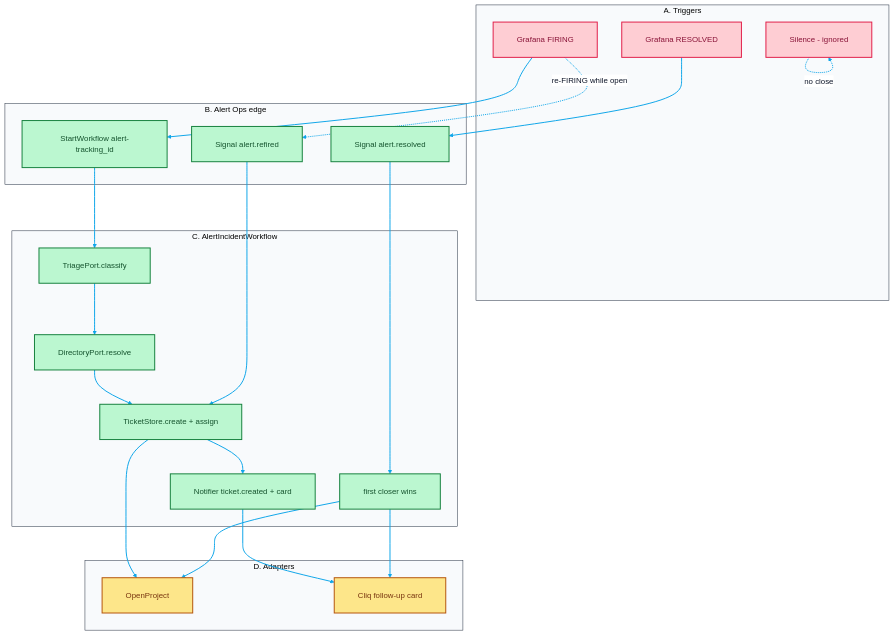
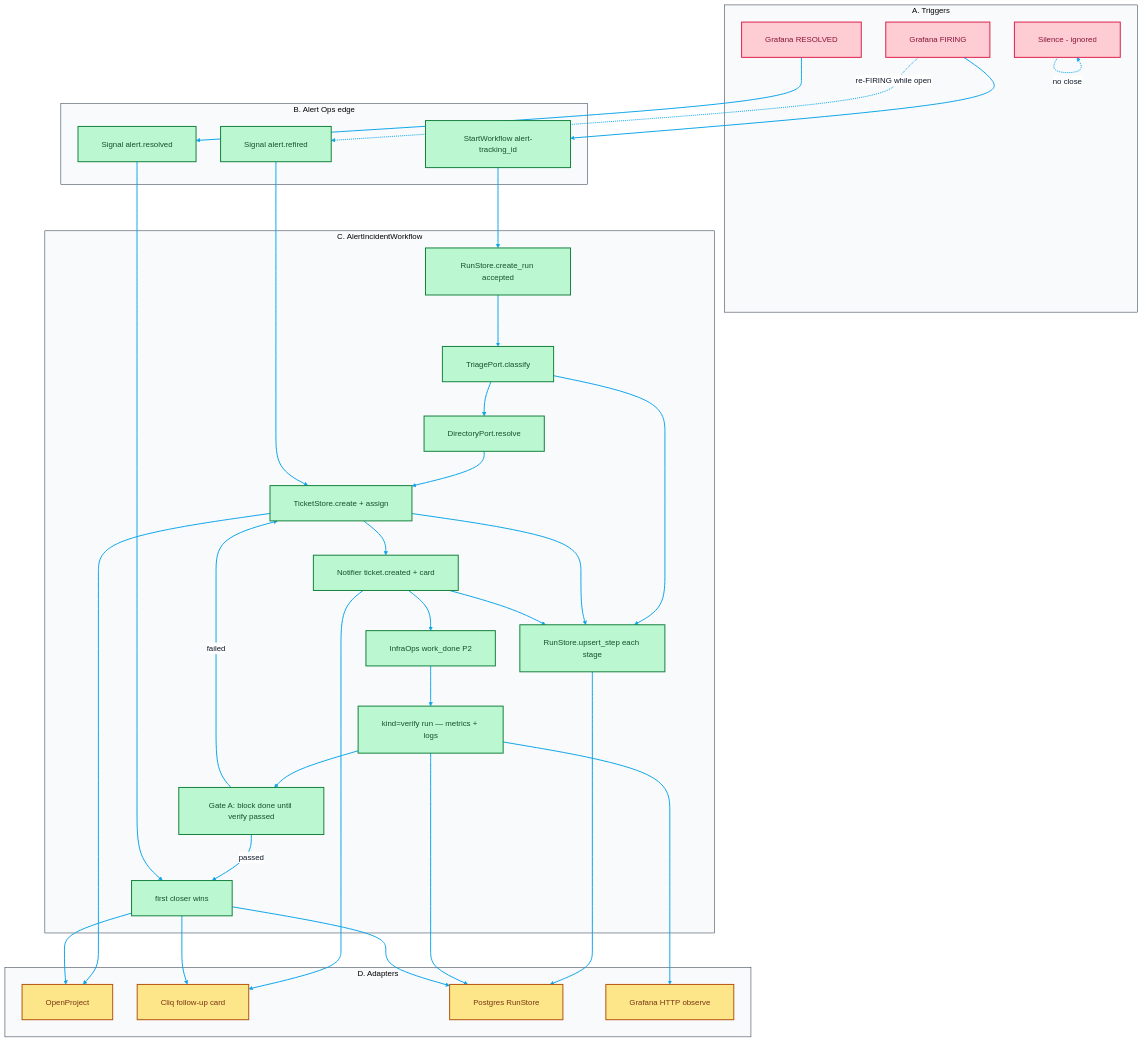
The diagram in docs/agent-platform/sheets/e2e.mmd (AM-Portfolio/am-agents), drawn with Mermaid before and after one commit. The commit also changed 9 other files, not shown here.

First line of the commit message:
docs: update agent platform design and documentation for RunStore integration

```diff
--- a/docs/agent-platform/sheets/e2e.mmd
+++ b/docs/agent-platform/sheets/e2e.mmd
@@ -1,47 +1,64 @@
 %%{init: {"theme":"base","themeVariables":{"darkMode":false,"background":"#FFFFFF","fontFamily":"Segoe UI, Inter, system-ui, sans-serif","fontSize":"16px","primaryColor":"#EFF6FF","primaryTextColor":"#0F172A","primaryBorderColor":"#2563EB","secondaryColor":"#F8FAFC","lineColor":"#0EA5E9","textColor":"#0F172A","mainBkg":"#EFF6FF","clusterBkg":"#F8FAFC","clusterBorder":"#1E293B","edgeLabelBackground":"#FFFFFF"},"themeCSS":"svg{background-color:#FFFFFF!important}.edgePath .path,.flowchart-link,path.path{stroke:#0EA5E9!important;stroke-width:2px!important}.arrowheadPath,marker path{fill:#0EA5E9!important;stroke:#0EA5E9!important}.cluster rect{fill:#F8FAFC!important;stroke:#1E293B!important;stroke-width:2.5px!important}.cluster-label span,.cluster-label foreignObject div,.cluster-label foreignObject span{color:#020617!important;font-weight:700!important;font-size:15px!important;background-color:#E2E8F0!important;padding:2px 8px!important;border-radius:4px!important}.nodeLabel,.label,.edgeLabel{color:#0F172A!important;font-weight:600}","flowchart":{"curve":"basis","htmlLabels":true,"padding":24,"nodeSpacing":50,"rankSpacing":70}} }%%
 flowchart TB
   subgraph triggers ["A. Triggers"]
     Graf["Grafana FIRING"]
     Res["Grafana RESOLVED"]
     Silence["Silence - ignored"]
   end
 
   subgraph edge ["B. Alert Ops edge"]
     Hook["StartWorkflow alert-tracking_id"]
     SigR["Signal alert.resolved"]
     SigF["Signal alert.refired"]
   end
 
   subgraph wf ["C. AlertIncidentWorkflow"]
+    RunIns["RunStore.create_run accepted"]
     Triage["TriagePort.classify"]
     Dir["DirectoryPort.resolve"]
     Ticket["TicketStore.create + assign"]
     Notify["Notifier ticket.created + card"]
+    StepUp["RunStore.upsert_step each stage"]
+    Fix["InfraOps work_done P2"]
+    Verify["kind=verify run — metrics + logs"]
+    Gate["Gate A: block done until verify passed"]
     Close["first closer wins"]
   end
 
   subgraph adapters ["D. Adapters"]
     OP["OpenProject"]
     Cliq["Cliq follow-up card"]
+    PG["Postgres RunStore"]
+    GrafObs["Grafana HTTP observe"]
   end
 
-  Graf --> Hook --> Triage --> Dir --> Ticket --> Notify
+  Graf --> Hook --> RunIns --> Triage --> Dir --> Ticket --> Notify
+  Triage --> StepUp
+  Ticket --> StepUp
+  Notify --> StepUp
+  StepUp --> PG
   Ticket --> OP
   Notify --> Cliq
+  Notify --> Fix --> Verify --> Gate
+  Verify --> GrafObs
+  Verify --> PG
+  Gate -->|passed| Close
+  Gate -->|failed| Ticket
   Res --> SigR --> Close
   Graf -.->|re-FIRING while open| SigF
   SigF --> Ticket
   Silence -.->|no close| Silence
   Close --> OP
   Close --> Cliq
+  Close --> PG
 
   linkStyle default stroke:#0EA5E9,stroke-width:2px,color:#0F172A
 
   classDef core fill:#BBF7D0,stroke:#15803D,stroke-width:2px,color:#14532D
   classDef provider fill:#FDE68A,stroke:#B45309,stroke-width:2px,color:#78350F
   classDef alert fill:#FECDD3,stroke:#E11D48,stroke-width:2px,color:#881337
   classDef external fill:#FFFFFF,stroke:#2563EB,stroke-width:2px,color:#0F172A
 
-  class Triage,Dir,Ticket,Notify,Close,Hook,SigR,SigF core
-  class OP,Cliq provider
+  class Triage,Dir,Ticket,Notify,Close,Hook,SigR,SigF,RunIns,StepUp,Fix,Verify,Gate core
+  class OP,Cliq,PG,GrafObs provider
   class Graf,Res,Silence alert
```
